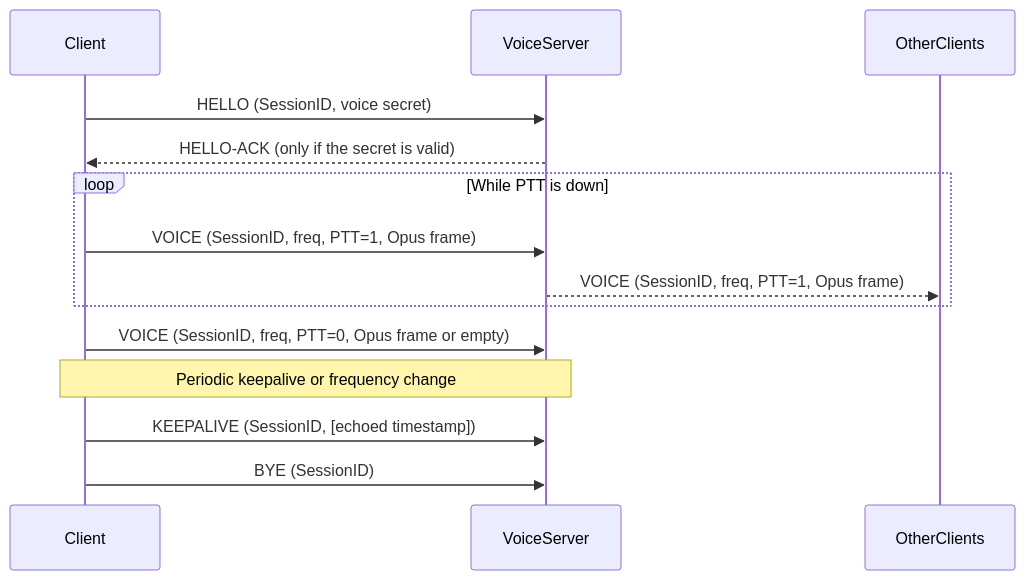
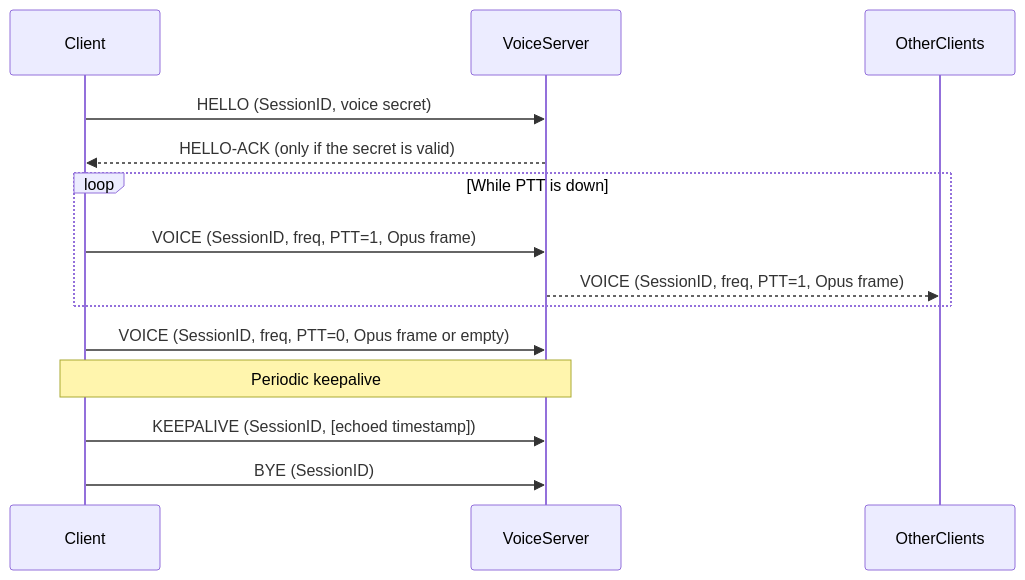
One commit to FPGSchiba/vcs-srs-server changed the second of 6 diagrams in README.md. Above: the diagram before and after it, drawn with Mermaid. The commit also changed other lines of this file, not shown here.

First line of the commit message:
docs: remove remaining voice-path frequency-subscription claims

````diff
--- a/README.md
+++ b/README.md
@@ -186,20 +186,20 @@
 ```mermaid
 sequenceDiagram
     participant Client
     participant VoiceServer
 
     Client->>VoiceServer: HELLO (SessionID, voice secret)
     VoiceServer-->>Client: HELLO-ACK (only if the secret is valid)
 
     loop While PTT is down
         Client->>VoiceServer: VOICE (SessionID, freq, PTT=1, Opus frame)
         VoiceServer-->>OtherClients: VOICE (SessionID, freq, PTT=1, Opus frame)
     end
 
     Client->>VoiceServer: VOICE (SessionID, freq, PTT=0, Opus frame or empty)
 
-    Note over Client,VoiceServer: Periodic keepalive or frequency change
+    Note over Client,VoiceServer: Periodic keepalive
     Client->>VoiceServer: KEEPALIVE (SessionID, [echoed timestamp])
 
     Client->>VoiceServer: BYE (SessionID)
 ```
````
